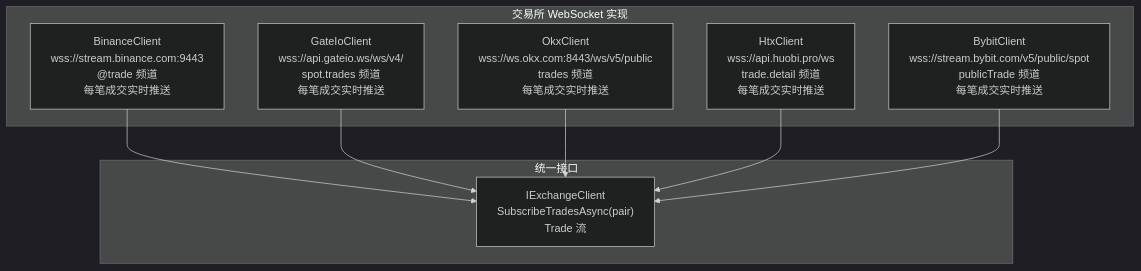
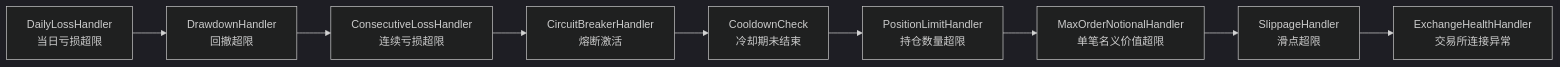
Before and after one commit to bambuo/TradeX: the sixth of 8 diagrams in docs/策略引擎工作流程.md, drawn with Mermaid (dark theme). The commit also changed other lines of this file and 97 other files, not shown here.

````diff
--- a/docs/策略引擎工作流程.md
+++ b/docs/策略引擎工作流程.md
@@ -649,20 +276,11 @@
 ```mermaid
-flowchart TD
-    subgraph Exchange["交易所 WebSocket 实现"]
-        BNC["BinanceClient<br/>wss://stream.binance.com:9443<br/>@trade 频道<br/>每笔成交实时推送"]
-        GTE["GateIoClient<br/>wss://api.gateio.ws/ws/v4/<br/>spot.trades 频道<br/>每笔成交实时推送"]
-        OKX["OkxClient<br/>wss://ws.okx.com:8443/ws/v5/public<br/>trades 频道<br/>每笔成交实时推送"]
-        HTX["HtxClient<br/>wss://api.huobi.pro/ws<br/>trade.detail 频道<br/>每笔成交实时推送"]
-        BYB["BybitClient<br/>wss://stream.bybit.com/v5/public/spot<br/>publicTrade 频道<br/>每笔成交实时推送"]
-    end
-
-    subgraph Interface["统一接口"]
-        IF["IExchangeClient<br/>SubscribeTradesAsync(pair)<br/>Trade 流"]
-    end
-
-    BNC --> IF
-    GTE --> IF
-    OKX --> IF
-    HTX --> IF
-    BYB --> IF
+flowchart LR
+    A["DailyLossHandler<br/>当日亏损超限"] --> B["DrawdownHandler<br/>回撤超限"]
+    B --> C["ConsecutiveLossHandler<br/>连续亏损超限"]
+    C --> D["CircuitBreakerHandler<br/>熔断激活"]
+    D --> E["CooldownCheck<br/>冷却期未结束"]
+    E --> F["PositionLimitHandler<br/>持仓数量超限"]
+    F --> G["MaxOrderNotionalHandler<br/>单笔名义价值超限"]
+    G --> H["SlippageHandler<br/>滑点超限"]
+    H --> I["ExchangeHealthHandler<br/>交易所连接异常"]
 ```
````
